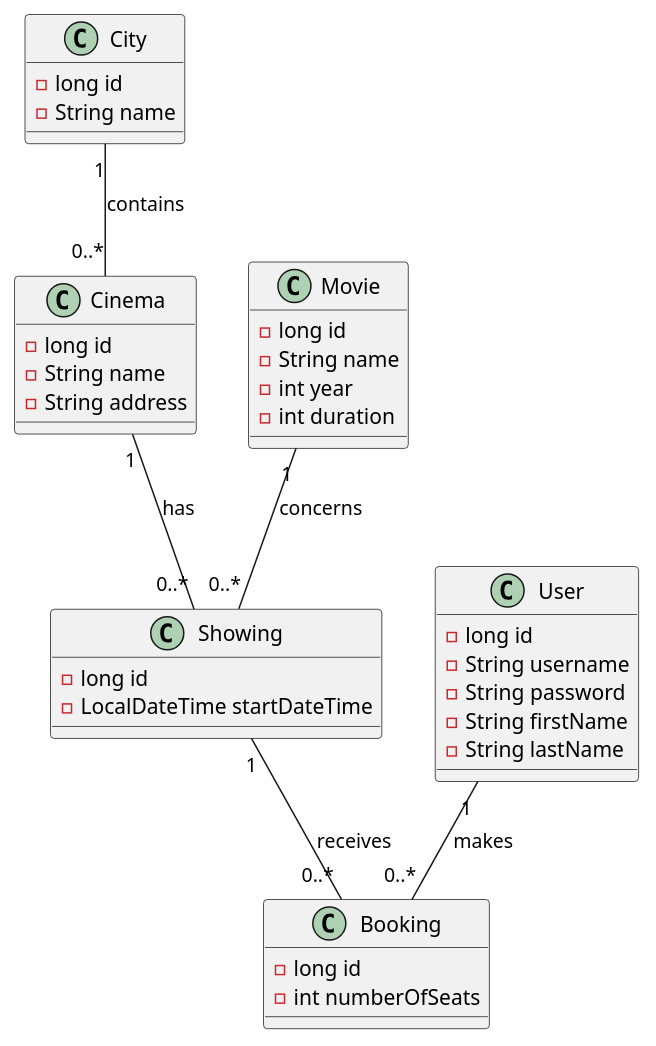
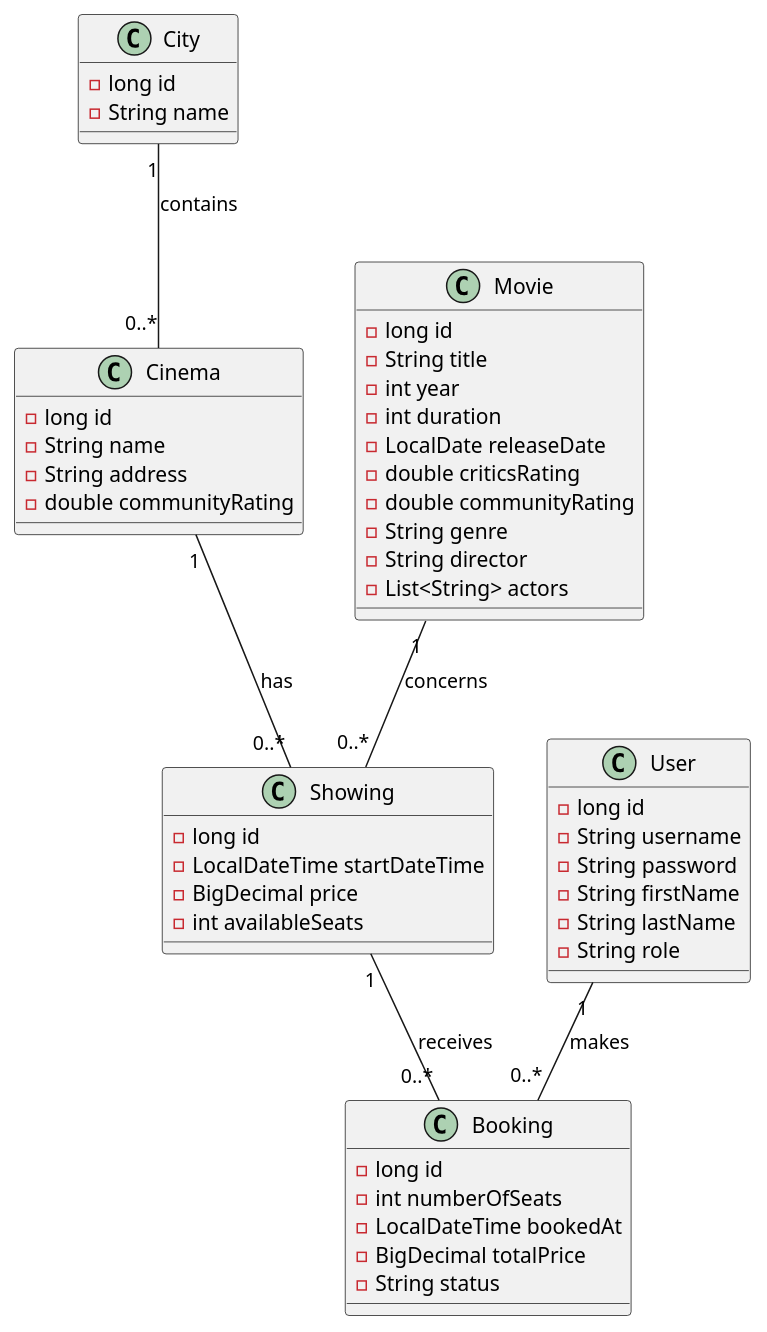
One commit to remicampistron512/distopia changed the diagram in docs/classes.puml. Above: the diagram before and after it, drawn with PlantUML.

Commit message:
Ajout de multiples propriétés

```diff
--- a/docs/classes.puml
+++ b/docs/classes.puml
@@ -1,46 +1,58 @@
 @startuml
-'https://plantuml.com/class-diagram
-
 
 City "1" -- "0..*" Cinema : contains
 Cinema "1" -- "0..*" Showing : has
 Movie "1" -- "0..*" Showing : concerns
 User "1" -- "0..*" Booking : makes
 Showing "1" -- "0..*" Booking : receives
 
 class City {
   - long id
   - String name
 }
 
 class Cinema {
- - long id
- - String name
- - String address
+  - long id
+  - String name
+  - String address
+  - double communityRating
 }
 
 class Movie {
   - long id
-  - String name
+  - String title
   - int year
   - int duration
+  - LocalDate releaseDate
+  - double criticsRating
+  - double communityRating
+  - String genre
+  - String director
+  - List<String> actors
 }
 
 class Showing {
   - long id
   - LocalDateTime startDateTime
+  - BigDecimal price
+  - int availableSeats
 }
 
 class Booking {
   - long id
-   - int numberOfSeats
+  - int numberOfSeats
+  - LocalDateTime bookedAt
+  - BigDecimal totalPrice
+  - String status
 }
 
 class User {
   - long id
   - String username
   - String password
   - String firstName
   - String lastName
+  - String role
 }
+
 @enduml
```
